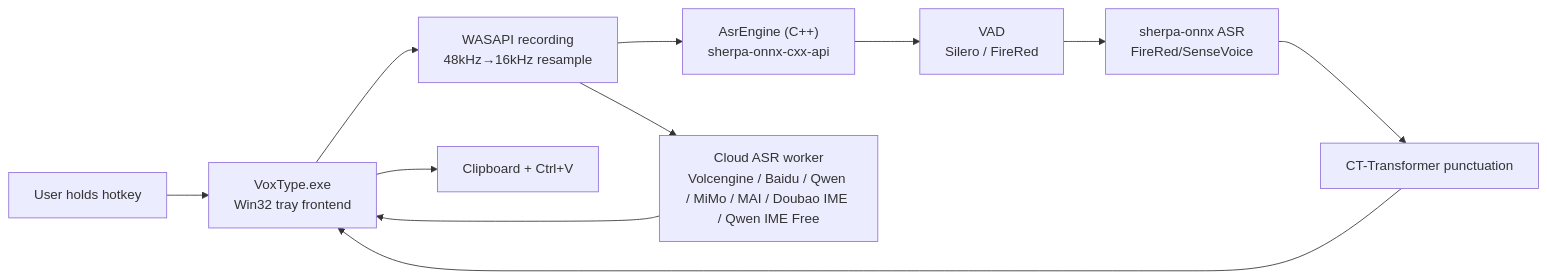
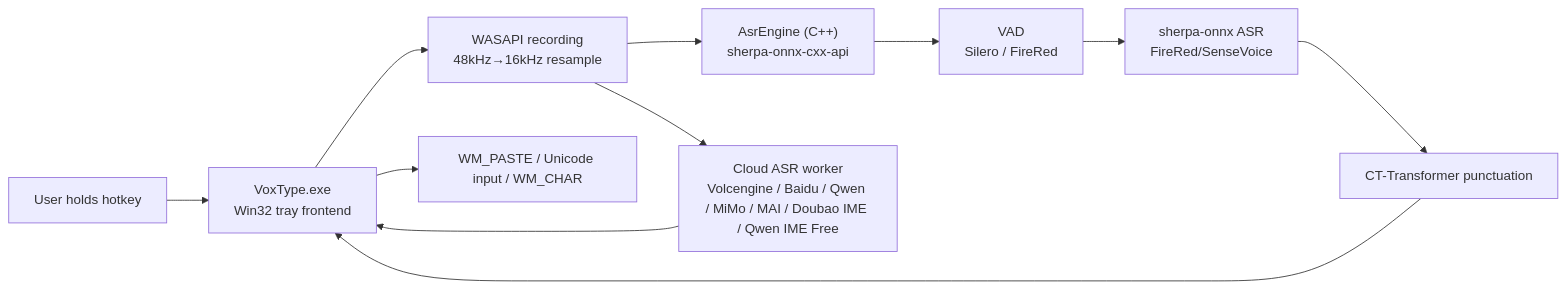
The first of 2 diagrams in ARCHITECTURE.md (melody0709/VoxType), drawn with Mermaid before and after one commit. The commit also changed other lines of this file and 32 other files, not shown here.

````diff
--- a/ARCHITECTURE.md
+++ b/ARCHITECTURE.md
@@ -9,13 +9,13 @@
 ```mermaid
 flowchart LR
     User["User holds hotkey"] --> Frontend["VoxType.exe<br/>Win32 tray frontend"]
     Frontend --> Recorder["WASAPI recording<br/>48kHz→16kHz resample"]
     Recorder --> Engine["AsrEngine (C++)<br/>sherpa-onnx-cxx-api"]
     Recorder --> Cloud["Cloud ASR worker<br/>Volcengine / Baidu / Qwen / MiMo / MAI / Doubao IME / Qwen IME Free"]
     Engine --> VAD["VAD<br/>Silero / FireRed"]
     VAD --> ASR["sherpa-onnx ASR<br/>FireRed/SenseVoice"]
     ASR --> Punct["CT-Transformer punctuation"]
     Punct --> Frontend
     Cloud --> Frontend
-    Frontend --> Inject["Clipboard + Ctrl+V"]
+    Frontend --> Inject["WM_PASTE / Unicode input / WM_CHAR"]
 ```
````
